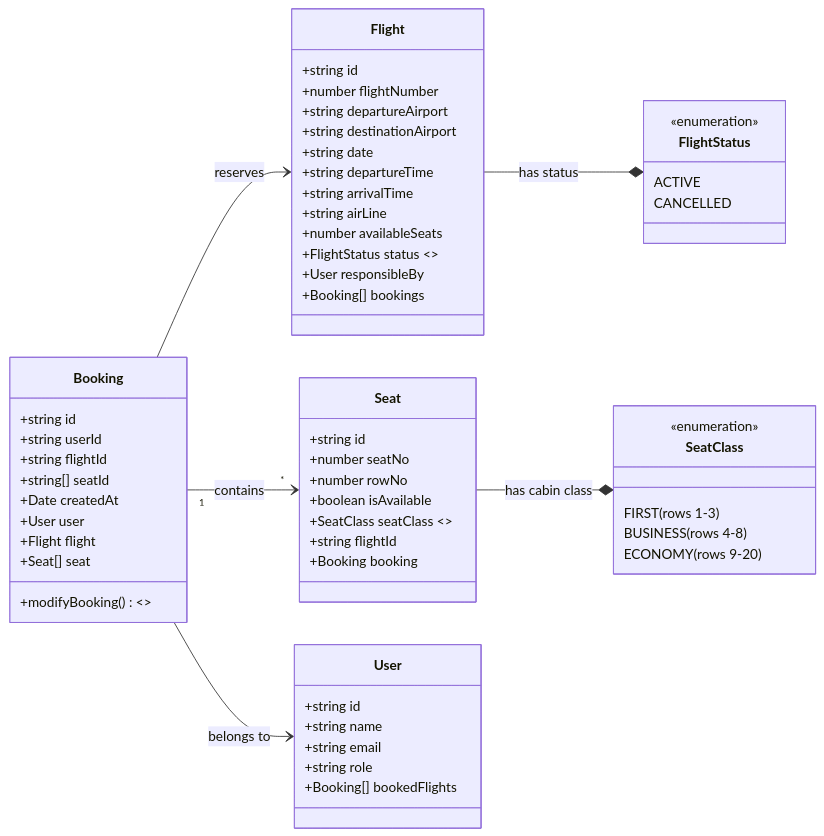
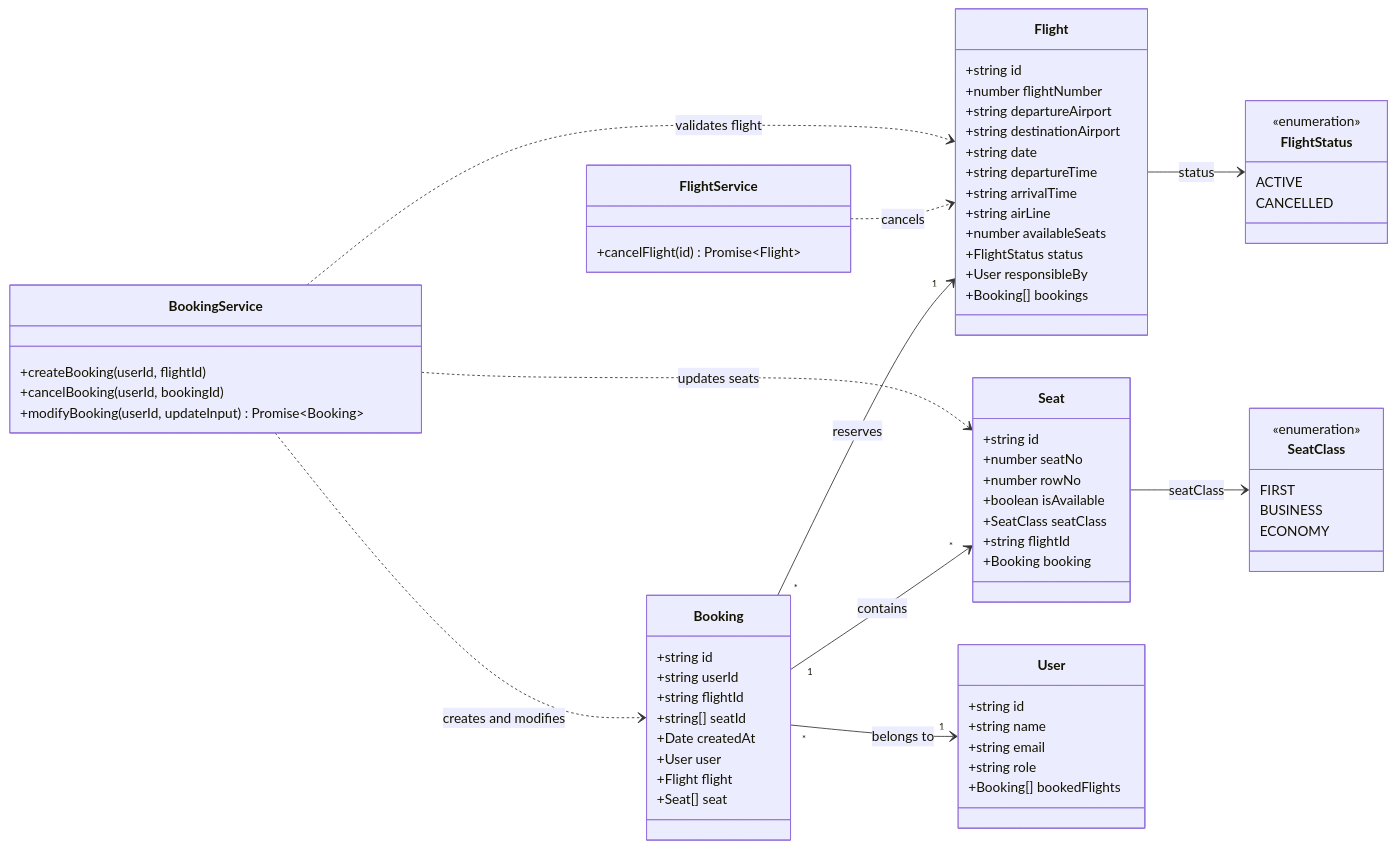
Before and after one commit to karthikkishorkk/A9: the diagram in Part2/diagrams/domain_model_evolution.mmd, drawn with Mermaid. The commit also changed 1 other file, not shown here.

Commit message:
Correct Part 2 UML diagrams

```diff
--- a/Part2/diagrams/domain_model_evolution.mmd
+++ b/Part2/diagrams/domain_model_evolution.mmd
@@ -1,66 +1,80 @@
 classDiagram
     direction LR
 
     class Flight {
         +string id
         +number flightNumber
         +string departureAirport
         +string destinationAirport
         +string date
         +string departureTime
         +string arrivalTime
         +string airLine
         +number availableSeats
-        +FlightStatus status  <<ADDED in Change1>>
+        +FlightStatus status
         +User responsibleBy
         +Booking[] bookings
     }
 
     class FlightStatus {
         <<enumeration>>
         ACTIVE
         CANCELLED
     }
 
     class Seat {
         +string id
         +number seatNo
         +number rowNo
         +boolean isAvailable
-        +SeatClass seatClass  <<ADDED in Change2>>
+        +SeatClass seatClass
         +string flightId
         +Booking booking
     }
 
     class SeatClass {
         <<enumeration>>
-        FIRST (rows 1-3)
-        BUSINESS (rows 4-8)
-        ECONOMY (rows 9-20)
+        FIRST
+        BUSINESS
+        ECONOMY
     }
 
     class Booking {
         +string id
         +string userId
         +string flightId
         +string[] seatId
         +Date createdAt
         +User user
         +Flight flight
         +Seat[] seat
-        +modifyBooking()  <<ADDED in Change3>>
     }
 
     class User {
         +string id
         +string name
         +string email
         +string role
         +Booking[] bookedFlights
     }
 
-    Flight --* FlightStatus : has status
-    Seat --* SeatClass : has cabin class
-    Booking --> User : belongs to
-    Booking --> Flight : reserves
+    class FlightService {
+        +cancelFlight(id) Promise~Flight~
+    }
+
+    class BookingService {
+        +createBooking(userId, flightId)
+        +cancelBooking(userId, bookingId)
+        +modifyBooking(userId, updateInput) Promise~Booking~
+    }
+
+    Flight --> FlightStatus : status
+    Seat --> SeatClass : seatClass
+    Booking "*" --> "1" User : belongs to
+    Booking "*" --> "1" Flight : reserves
     Booking "1" --> "*" Seat : contains
+
+    FlightService ..> Flight : cancels
+    BookingService ..> Booking : creates and modifies
+    BookingService ..> Flight : validates flight
+    BookingService ..> Seat : updates seats
```
